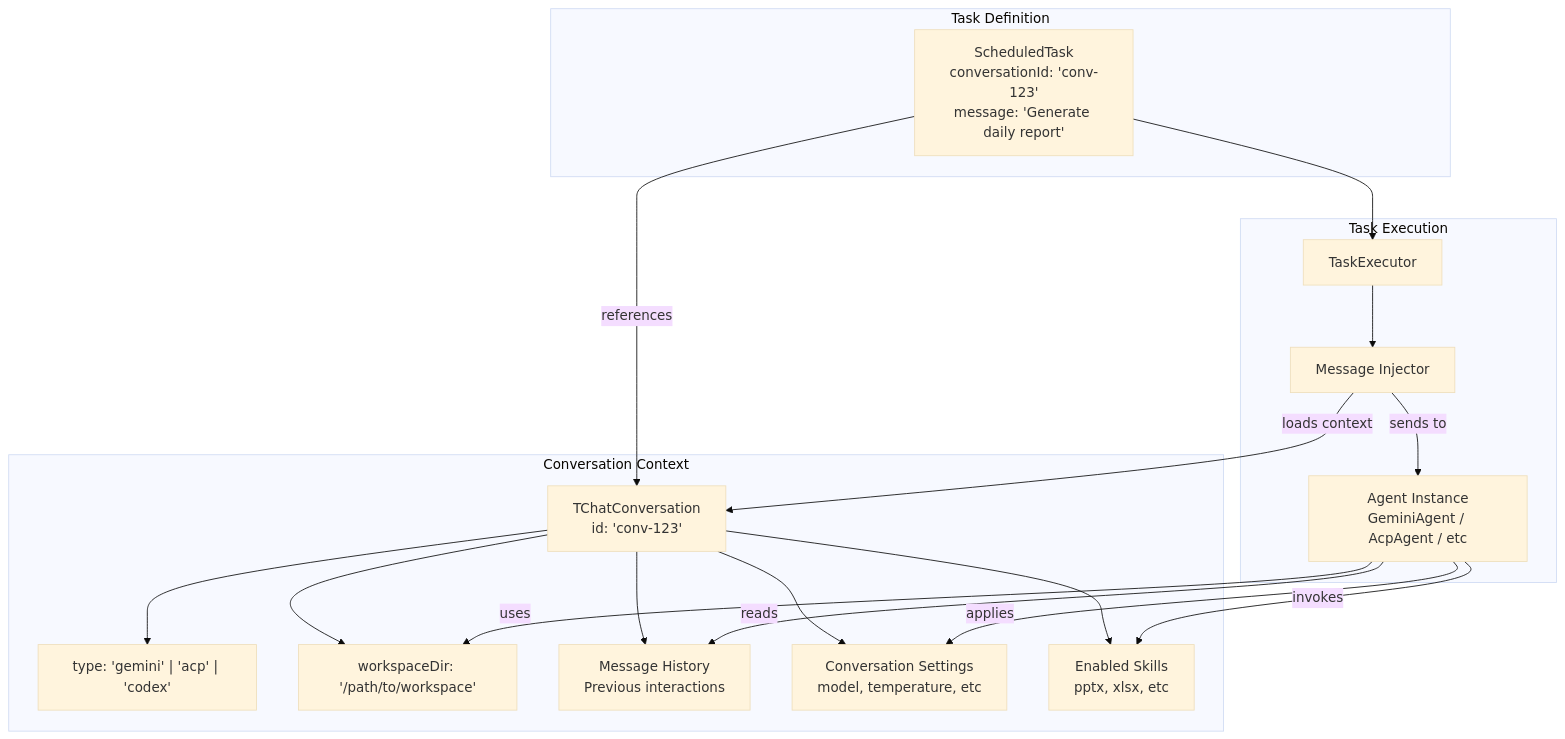
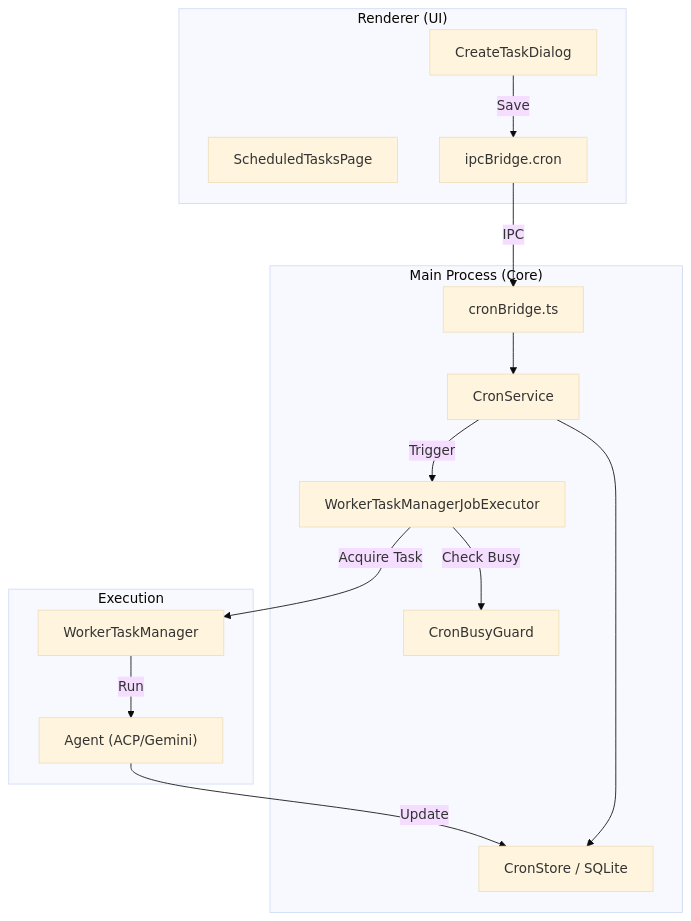
The second of 2 diagrams in docs/iOfficeAI_AionUi/ai-agent-systems/cron-and-scheduled-tasks.md (blackcater/zentree), drawn with Mermaid (base theme) before and after one commit. The commit also changed other lines of this file and 232 other files, not shown here.

````diff
--- a/docs/iOfficeAI_AionUi/ai-agent-systems/cron-and-scheduled-tasks.md
+++ b/docs/iOfficeAI_AionUi/ai-agent-systems/cron-and-scheduled-tasks.md
@@ -298,39 +114,32 @@
 ```mermaid
-graph TB
-    subgraph "Task Definition"
-        TASK["ScheduledTask<br/>conversationId: 'conv-123'<br/>message: 'Generate daily report'"]
+graph TD
+    subgraph "Renderer (UI)"
+        UI_PAGE["ScheduledTasksPage"]
+        UI_DLG["CreateTaskDialog"]
+        BRIDGE_FRONT["ipcBridge.cron"]
     end
 
-    subgraph "Conversation Context"
-        CONV["TChatConversation<br/>id: 'conv-123'"]
-        TYPE["type: 'gemini' | 'acp' | 'codex'"]
-        WORKSPACE["workspaceDir: '/path/to/workspace'"]
-        HISTORY["Message History<br/>Previous interactions"]
-        SETTINGS["Conversation Settings<br/>model, temperature, etc"]
-        SKILLS["Enabled Skills<br/>pptx, xlsx, etc"]
+    subgraph "Main Process (Core)"
+        BRIDGE_BACK["cronBridge.ts"]
+        SVC["CronService"]
+        EXEC["WorkerTaskManagerJobExecutor"]
+        GUARD["CronBusyGuard"]
+        STORE["CronStore / SQLite"]
     end
 
-    subgraph "Task Execution"
-        EXEC["TaskExecutor"]
-        INJECT["Message Injector"]
-        AGENT["Agent Instance<br/>GeminiAgent / AcpAgent / etc"]
+    subgraph "Execution"
+        TM["WorkerTaskManager"]
+        AGENT["Agent (ACP/Gemini)"]
     end
 
-    TASK -->|references| CONV
-
-    CONV --> TYPE
-    CONV --> WORKSPACE
-    CONV --> HISTORY
-    CONV --> SETTINGS
-    CONV --> SKILLS
-
-    TASK --> EXEC
-    EXEC --> INJECT
-    INJECT -->|loads context| CONV
-    INJECT -->|sends to| AGENT
-
-    AGENT -->|uses| WORKSPACE
-    AGENT -->|reads| HISTORY
-    AGENT -->|applies| SETTINGS
-    AGENT -->|invokes| SKILLS
+    UI_DLG -->|Save| BRIDGE_FRONT
+    BRIDGE_FRONT -->|IPC| BRIDGE_BACK
+    BRIDGE_BACK --> SVC
+    SVC --> STORE
+    
+    SVC -->|Trigger| EXEC
+    EXEC -->|Check Busy| GUARD
+    EXEC -->|Acquire Task| TM
+    TM -->|Run| AGENT
+    AGENT -->|Update| STORE
 ```
````
